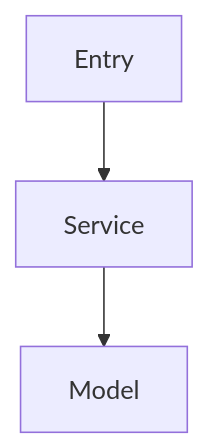
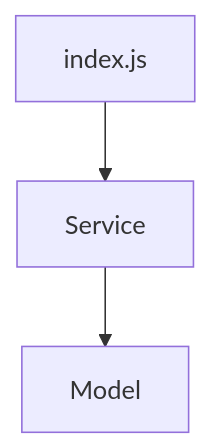
Before and after one commit to codenlighten/tree-generations: the diagram in docs/project-structure.md, drawn with Mermaid. The commit also changed other lines of this file and 2 other files, not shown here.

````diff
--- a/docs/project-structure.md
+++ b/docs/project-structure.md
@@ -27,9 +27,9 @@
 ```mermaid
 flowchart TD
-  
+  Entry[index.js]
   
   
   
   Entry --> Service
   Service --> Model
 ```
````
